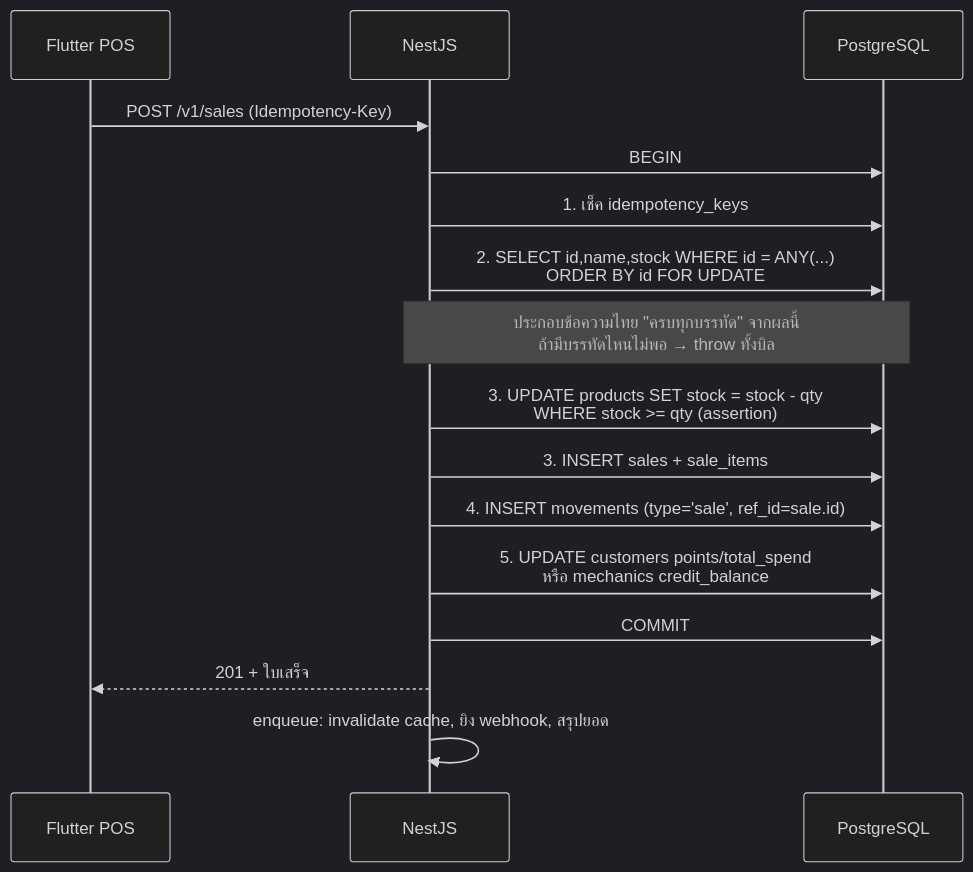
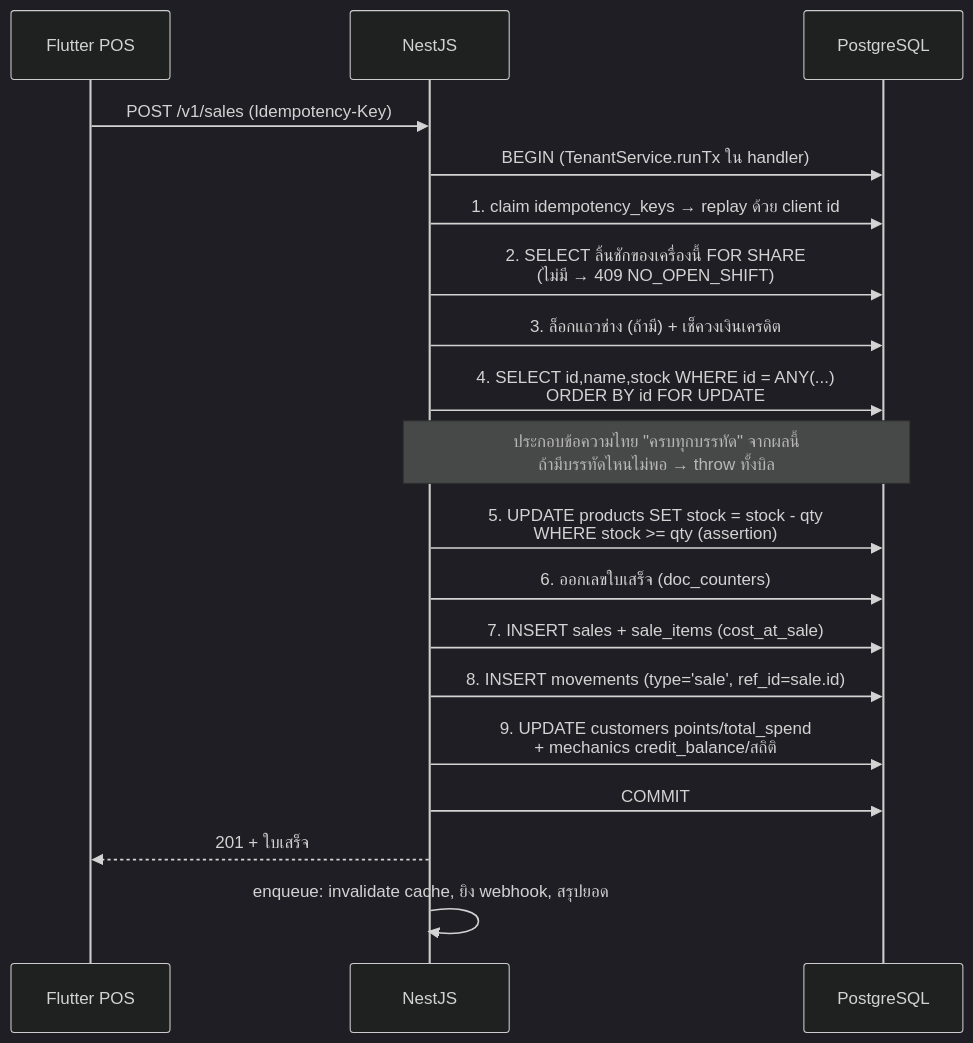
Before and after one commit to NuimanLP/srisurart-pos-flutter: the fifth of 6 diagrams in docs/Backend_design/01_DATABASE.md, drawn with Mermaid (dark theme). The commit also changed other lines of this file and 15 other files, not shown here.

````diff
--- a/docs/Backend_design/01_DATABASE.md
+++ b/docs/Backend_design/01_DATABASE.md
@@ -845,18 +943,21 @@
 ```mermaid
 sequenceDiagram
     participant C as Flutter POS
     participant A as NestJS
     participant D as PostgreSQL
     C->>A: POST /v1/sales (Idempotency-Key)
-    A->>D: BEGIN
-    A->>D: 1. เช็ค idempotency_keys
-    A->>D: 2. SELECT id,name,stock WHERE id = ANY(...)<br/>ORDER BY id FOR UPDATE
+    A->>D: BEGIN (TenantService.runTx ใน handler)
+    A->>D: 1. claim idempotency_keys → replay ด้วย client id
+    A->>D: 2. SELECT ลิ้นชักของเครื่องนี้ FOR SHARE<br/>(ไม่มี → 409 NO_OPEN_SHIFT)
+    A->>D: 3. ล็อกแถวช่าง (ถ้ามี) + เช็ควงเงินเครดิต
+    A->>D: 4. SELECT id,name,stock WHERE id = ANY(...)<br/>ORDER BY id FOR UPDATE
     Note over A,D: ประกอบข้อความไทย "ครบทุกบรรทัด" จากผลนี้<br/>ถ้ามีบรรทัดไหนไม่พอ → throw ทั้งบิล
-    A->>D: 3. UPDATE products SET stock = stock - qty<br/>WHERE stock >= qty (assertion)
-    A->>D: 3. INSERT sales + sale_items
-    A->>D: 4. INSERT movements (type='sale', ref_id=sale.id)
-    A->>D: 5. UPDATE customers points/total_spend<br/>หรือ mechanics credit_balance
+    A->>D: 5. UPDATE products SET stock = stock - qty<br/>WHERE stock >= qty (assertion)
+    A->>D: 6. ออกเลขใบเสร็จ (doc_counters)
+    A->>D: 7. INSERT sales + sale_items (cost_at_sale)
+    A->>D: 8. INSERT movements (type='sale', ref_id=sale.id)
+    A->>D: 9. UPDATE customers points/total_spend<br/>+ mechanics credit_balance/สถิติ
     A->>D: COMMIT
     A-->>C: 201 + ใบเสร็จ
     A->>A: enqueue: invalidate cache, ยิง webhook, สรุปยอด
 ```
````
